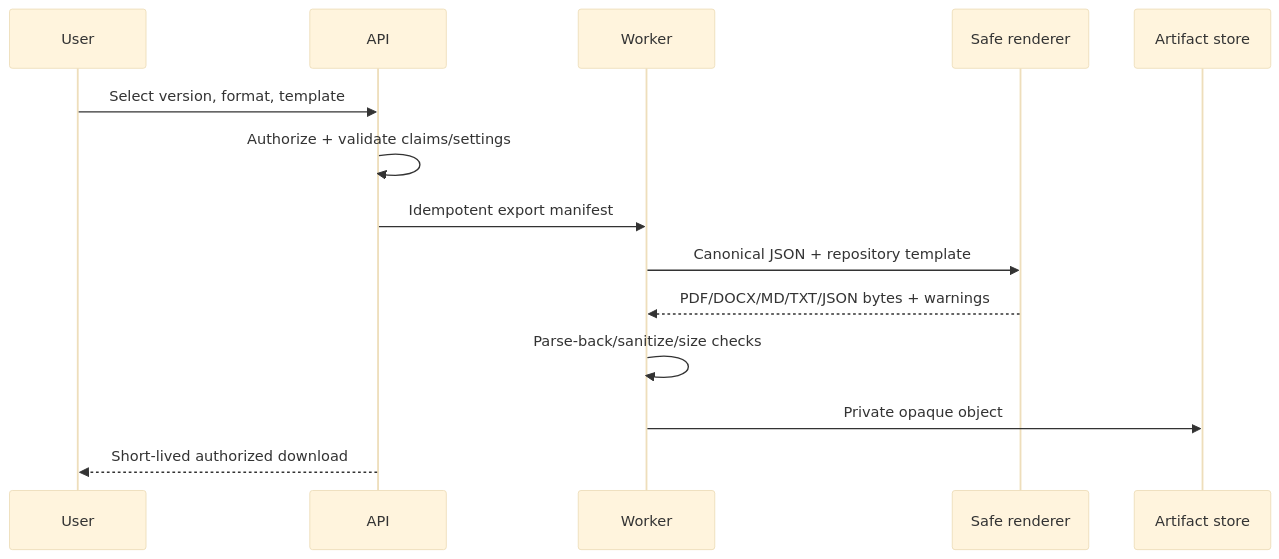
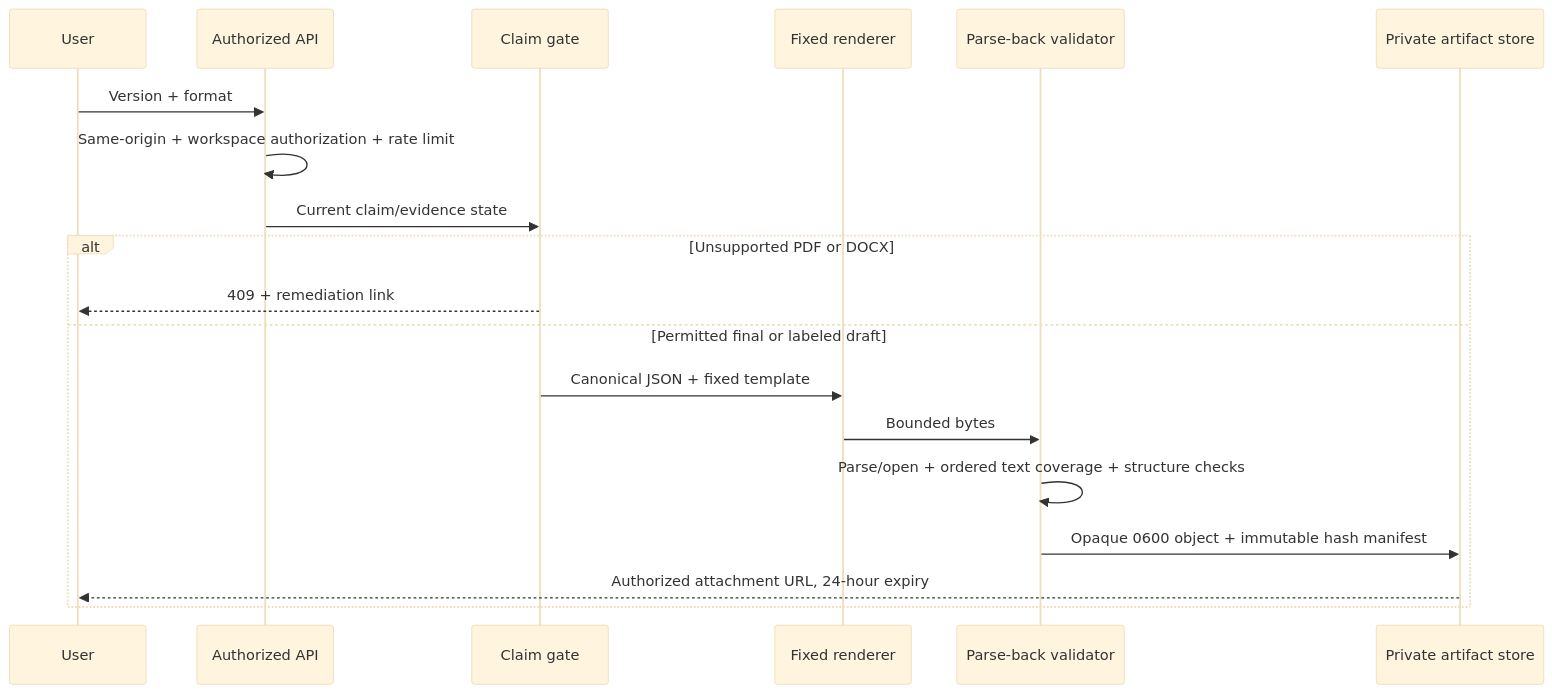
Before and after one commit to Kasu724/vitae-stack: the diagram in docs/architecture/EXPORT_PIPELINE.md, drawn with Mermaid (base theme). The commit also changed other lines of this file and 46 other files, not shown here.

````diff
--- a/docs/architecture/EXPORT_PIPELINE.md
+++ b/docs/architecture/EXPORT_PIPELINE.md
@@ -3,16 +3,21 @@
 ```mermaid
 sequenceDiagram
   participant U as User
-  participant A as API
-  participant Q as Worker
-  participant R as Safe renderer
-  participant S as Artifact store
-  U->>A: Select version, format, template
-  A->>A: Authorize + validate claims/settings
-  A->>Q: Idempotent export manifest
-  Q->>R: Canonical JSON + repository template
-  R-->>Q: PDF/DOCX/MD/TXT/JSON bytes + warnings
-  Q->>Q: Parse-back/sanitize/size checks
-  Q->>S: Private opaque object
-  A-->>U: Short-lived authorized download
+  participant A as Authorized API
+  participant G as Claim gate
+  participant R as Fixed renderer
+  participant V as Parse-back validator
+  participant S as Private artifact store
+  U->>A: Version + format
+  A->>A: Same-origin + workspace authorization + rate limit
+  A->>G: Current claim/evidence state
+  alt Unsupported PDF or DOCX
+    G-->>U: 409 + remediation link
+  else Permitted final or labeled draft
+    G->>R: Canonical JSON + fixed template
+    R->>V: Bounded bytes
+    V->>V: Parse/open + ordered text coverage + structure checks
+    V->>S: Opaque 0600 object + immutable hash manifest
+    S-->>U: Authorized attachment URL, 24-hour expiry
+  end
 ```
````
